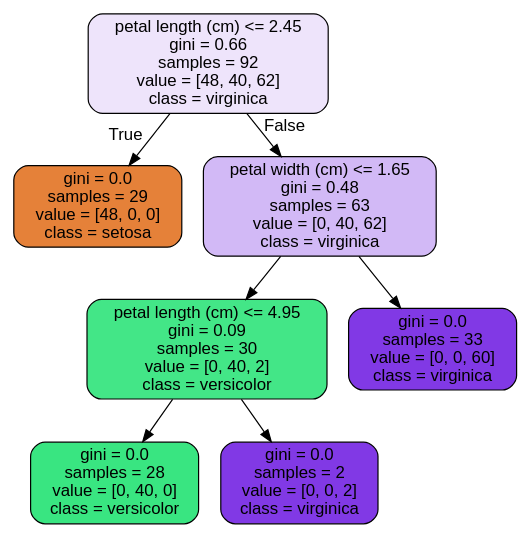
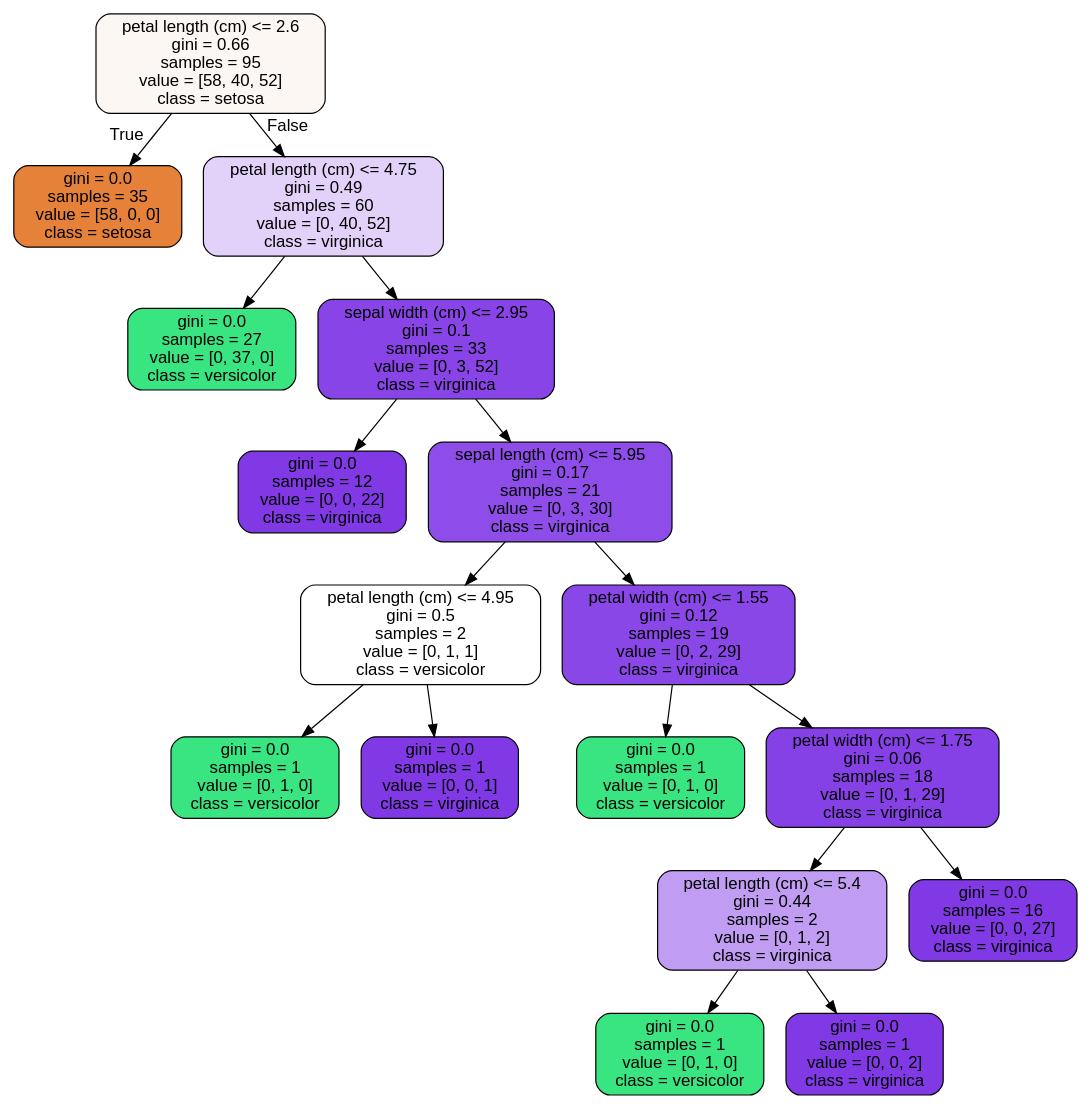
The diagram in tree.dot (amoutafian/random_forest_case_study), drawn with Graphviz before and after one commit. The commit also changed 2 other files, not shown here.

```diff
--- a/tree.dot
+++ b/tree.dot
@@ -1,17 +1,37 @@
 digraph Tree {
 node [shape=box, style="filled, rounded", color="black", fontname="helvetica"] ;
 edge [fontname="helvetica"] ;
-0 [label="petal length (cm) <= 2.45\ngini = 0.66\nsamples = 92\nvalue = [48, 40, 62]\nclass = virginica", fillcolor="#eee4fb"] ;
-1 [label="gini = 0.0\nsamples = 29\nvalue = [48, 0, 0]\nclass = setosa", fillcolor="#e58139"] ;
+0 [label="petal length (cm) <= 2.6\ngini = 0.66\nsamples = 95\nvalue = [58, 40, 52]\nclass = setosa", fillcolor="#fdf7f3"] ;
+1 [label="gini = 0.0\nsamples = 35\nvalue = [58, 0, 0]\nclass = setosa", fillcolor="#e58139"] ;
 0 -> 1 [labeldistance=2.5, labelangle=45, headlabel="True"] ;
-2 [label="petal width (cm) <= 1.65\ngini = 0.48\nsamples = 63\nvalue = [0, 40, 62]\nclass = virginica", fillcolor="#d2b9f6"] ;
+2 [label="petal length (cm) <= 4.75\ngini = 0.49\nsamples = 60\nvalue = [0, 40, 52]\nclass = virginica", fillcolor="#e2d1f9"] ;
 0 -> 2 [labeldistance=2.5, labelangle=-45, headlabel="False"] ;
-3 [label="petal length (cm) <= 4.95\ngini = 0.09\nsamples = 30\nvalue = [0, 40, 2]\nclass = versicolor", fillcolor="#43e687"] ;
+3 [label="gini = 0.0\nsamples = 27\nvalue = [0, 37, 0]\nclass = versicolor", fillcolor="#39e581"] ;
 2 -> 3 ;
-4 [label="gini = 0.0\nsamples = 28\nvalue = [0, 40, 0]\nclass = versicolor", fillcolor="#39e581"] ;
-3 -> 4 ;
-5 [label="gini = 0.0\nsamples = 2\nvalue = [0, 0, 2]\nclass = virginica", fillcolor="#8139e5"] ;
-3 -> 5 ;
-6 [label="gini = 0.0\nsamples = 33\nvalue = [0, 0, 60]\nclass = virginica", fillcolor="#8139e5"] ;
-2 -> 6 ;
+4 [label="sepal width (cm) <= 2.95\ngini = 0.1\nsamples = 33\nvalue = [0, 3, 52]\nclass = virginica", fillcolor="#8844e6"] ;
+2 -> 4 ;
+5 [label="gini = 0.0\nsamples = 12\nvalue = [0, 0, 22]\nclass = virginica", fillcolor="#8139e5"] ;
+4 -> 5 ;
+6 [label="sepal length (cm) <= 5.95\ngini = 0.17\nsamples = 21\nvalue = [0, 3, 30]\nclass = virginica", fillcolor="#8e4de8"] ;
+4 -> 6 ;
+7 [label="petal length (cm) <= 4.95\ngini = 0.5\nsamples = 2\nvalue = [0, 1, 1]\nclass = versicolor", fillcolor="#ffffff"] ;
+6 -> 7 ;
+8 [label="gini = 0.0\nsamples = 1\nvalue = [0, 1, 0]\nclass = versicolor", fillcolor="#39e581"] ;
+7 -> 8 ;
+9 [label="gini = 0.0\nsamples = 1\nvalue = [0, 0, 1]\nclass = virginica", fillcolor="#8139e5"] ;
+7 -> 9 ;
+10 [label="petal width (cm) <= 1.55\ngini = 0.12\nsamples = 19\nvalue = [0, 2, 29]\nclass = virginica", fillcolor="#8a47e7"] ;
+6 -> 10 ;
+11 [label="gini = 0.0\nsamples = 1\nvalue = [0, 1, 0]\nclass = versicolor", fillcolor="#39e581"] ;
+10 -> 11 ;
+12 [label="petal width (cm) <= 1.75\ngini = 0.06\nsamples = 18\nvalue = [0, 1, 29]\nclass = virginica", fillcolor="#8540e6"] ;
+10 -> 12 ;
+13 [label="petal length (cm) <= 5.4\ngini = 0.44\nsamples = 2\nvalue = [0, 1, 2]\nclass = virginica", fillcolor="#c09cf2"] ;
+12 -> 13 ;
+14 [label="gini = 0.0\nsamples = 1\nvalue = [0, 1, 0]\nclass = versicolor", fillcolor="#39e581"] ;
+13 -> 14 ;
+15 [label="gini = 0.0\nsamples = 1\nvalue = [0, 0, 2]\nclass = virginica", fillcolor="#8139e5"] ;
+13 -> 15 ;
+16 [label="gini = 0.0\nsamples = 16\nvalue = [0, 0, 27]\nclass = virginica", fillcolor="#8139e5"] ;
+12 -> 16 ;
 }
```
